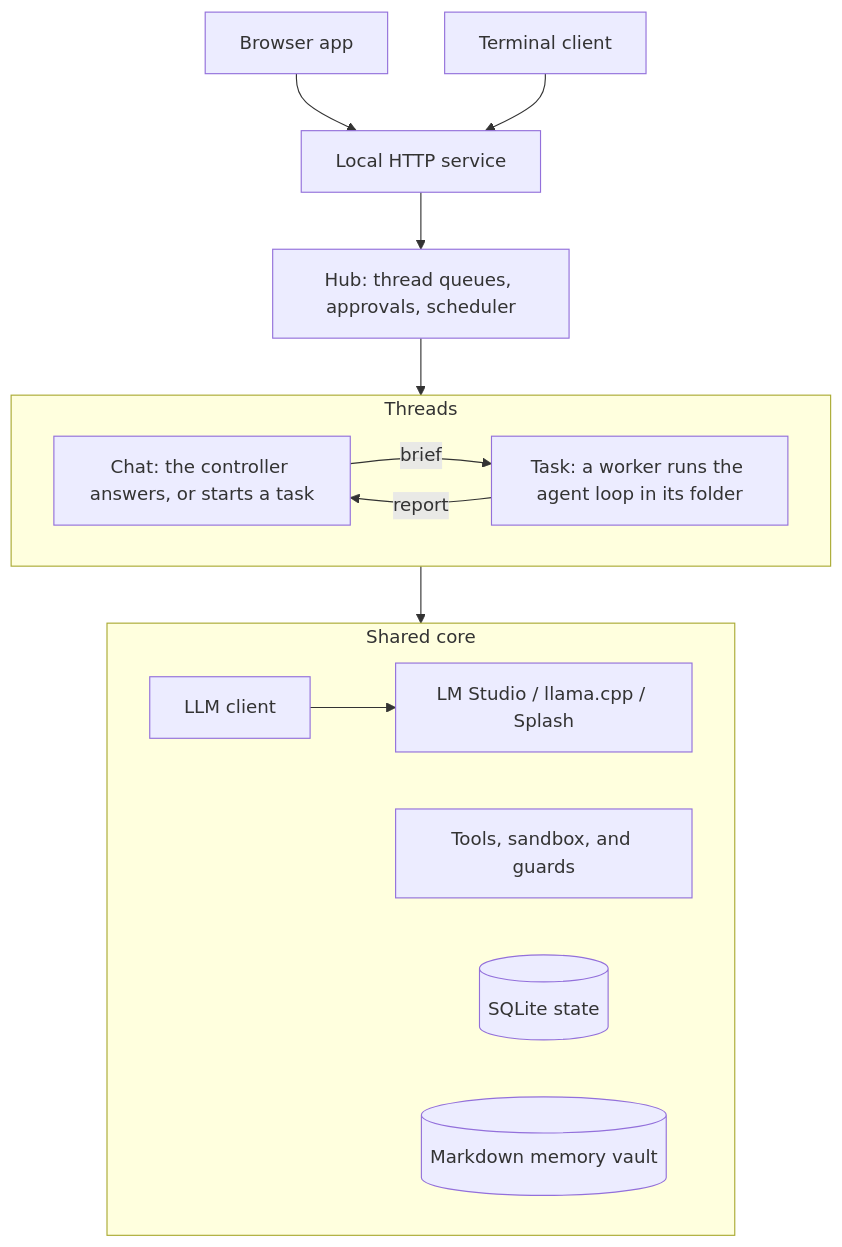
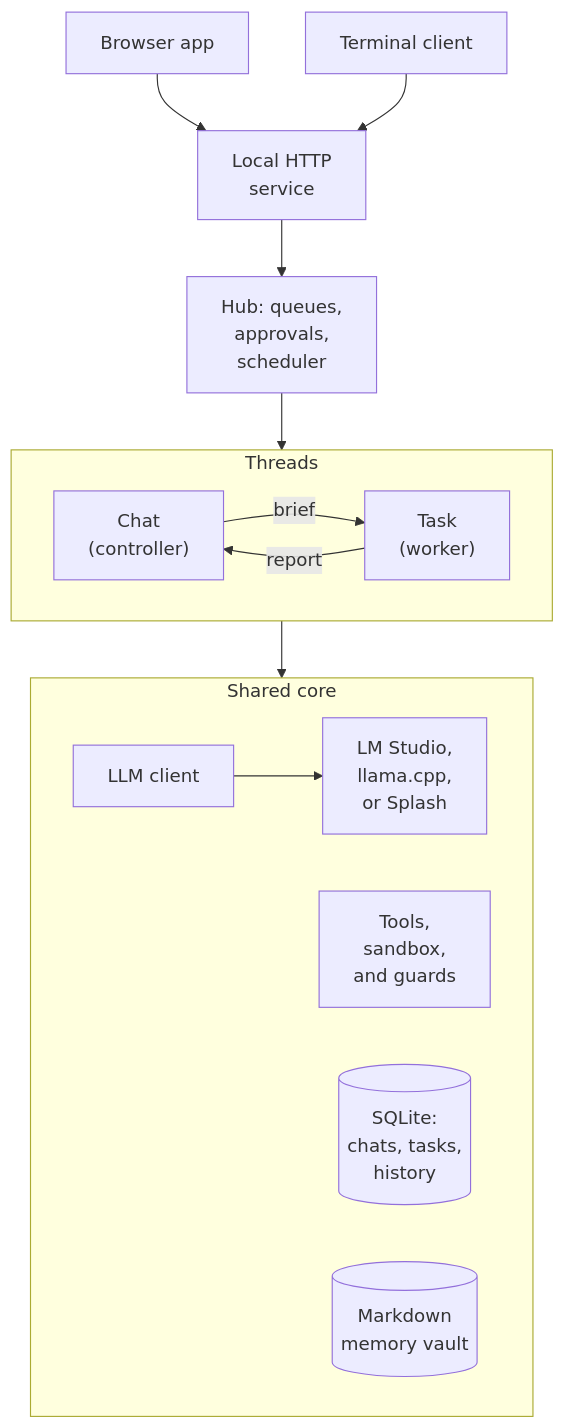
Before and after one commit to SohamNehra/Claire-V2: the diagram in README.md, drawn with Mermaid. The commit also changed other lines of this file, not shown here.

Commit message:
README diagram: labels short enough to show in full on GitHub; say what SQLite holds
GitHub sometimes draws Mermaid labels without wrapping them, in fixed 120px
boxes, which cut off seven of the eleven labels. Every line is now under
120px unwrapped (widest 108px), with explicit line breaks. The SQLite box
says what it holds, and the text says how it differs from the vault.

````diff
--- a/README.md
+++ b/README.md
@@ -164,19 +164,19 @@
 ```mermaid
 flowchart TD
-    Web[Browser app] --> API[Local HTTP service]
+    Web[Browser app] --> API["Local HTTP<br/>service"]
     Term[Terminal client] --> API
-    API --> Hub["Hub: thread queues, approvals, scheduler"]
+    API --> Hub["Hub: queues,<br/>approvals,<br/>scheduler"]
     Hub --> Threads
     subgraph Threads["Threads"]
         direction LR
-        Chat["Chat: the controller answers, or starts a task"] -->|brief| Task["Task: a worker runs the agent loop in its folder"]
+        Chat["Chat<br/>(controller)"] -->|brief| Task["Task<br/>(worker)"]
         Task -->|report| Chat
     end
     Threads --> Core
     subgraph Core["Shared core"]
-        LLM[LLM client] --> Runtime[LM Studio / llama.cpp / Splash]
-        Tools[Tools, sandbox, and guards]
-        Store[(SQLite state)]
-        Vault[(Markdown memory vault)]
+        LLM[LLM client] --> Runtime["LM Studio,<br/>llama.cpp,<br/>or Splash"]
+        Tools["Tools,<br/>sandbox,<br/>and guards"]
+        Store[("SQLite:<br/>chats, tasks,<br/>history")]
+        Vault[("Markdown<br/>memory vault")]
     end
 ```
````
